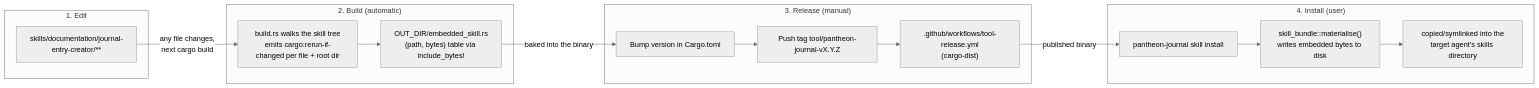
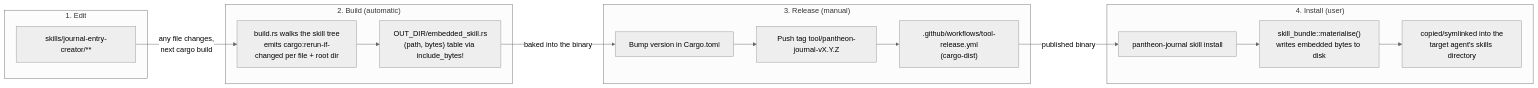
Before and after one commit to pantheon-org/pantheon-journal: the diagram in crates/journal/README.md, drawn with Mermaid (neutral theme). The commit also changed other lines of this file and 70 other files, not shown here.

First line of the commit message:
refactor(skill): move journal-entry-creator under skills/ (#30)

````diff
--- a/crates/journal/README.md
+++ b/crates/journal/README.md
@@ -15,30 +15,30 @@
 ```mermaid
 flowchart LR
     subgraph edit["1. Edit"]
-        A["skills/documentation/journal-entry-creator/**"]
+        A["skills/journal-entry-creator/**"]
     end
 
     subgraph build["2. Build (automatic)"]
         B["build.rs walks the skill tree<br/>emits cargo:rerun-if-changed per file + root dir"]
         C["OUT_DIR/embedded_skill.rs<br/>(path, bytes) table via include_bytes!"]
         B --> C
     end
 
     subgraph release["3. Release (manual)"]
         D["Bump version in Cargo.toml"]
         E["Push tag tool/pantheon-journal-vX.Y.Z"]
         F[".github/workflows/tool-release.yml<br/>(cargo-dist)"]
         D --> E --> F
     end
 
     subgraph install["4. Install (user)"]
         G["pantheon-journal skill install"]
         H["skill_bundle::materialise()<br/>writes embedded bytes to disk"]
         I["copied/symlinked into the<br/>target agent's skills directory"]
         G --> H --> I
     end
 
     A -->|any file changes,<br/>next cargo build| B
     C -->|baked into the binary| D
     F -->|published binary| G
 ```
````
